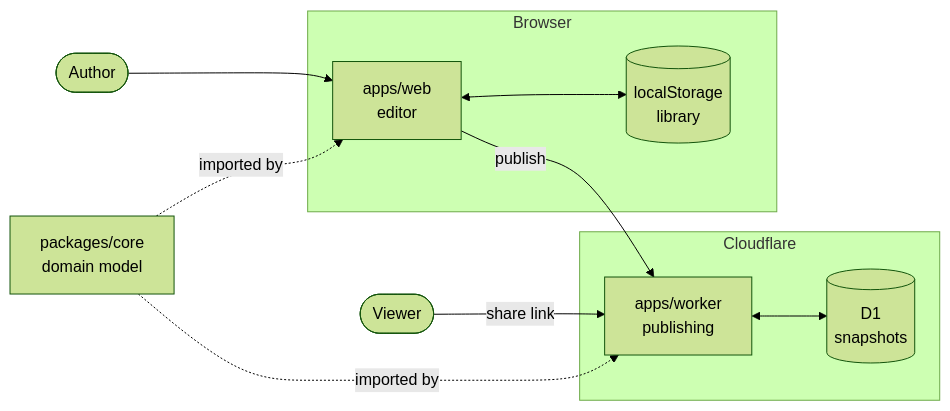
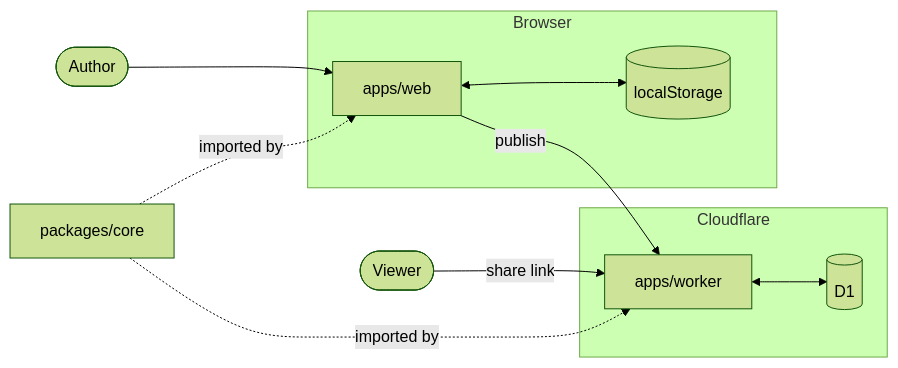
The diagram in docs/development/explanation/architecture.md (LasVegasForTransit/transit-mapper), drawn with Mermaid (forest theme) before and after one commit. The commit also changed other lines of this file and 2 other files, not shown here.

````diff
--- a/docs/development/explanation/architecture.md
+++ b/docs/development/explanation/architecture.md
@@ -12,25 +15,14 @@
 ```mermaid
 flowchart LR
-  author([Author])
-  viewer([Viewer])
-
+  author([Author]) --> editor
   subgraph browser [Browser]
-    editor["apps/web<br/>editor"]
-    local[("localStorage<br/>library")]
+    editor["apps/web"] <--> local[("localStorage")]
   end
-
   subgraph edge [Cloudflare]
-    worker["apps/worker<br/>publishing"]
-    d1[("D1<br/>snapshots")]
+    worker["apps/worker"] <--> d1[("D1")]
   end
-
-  core["packages/core<br/>domain model"]
-
-  author --> editor
-  editor <--> local
   editor -- publish --> worker
-  worker <--> d1
-  viewer -- share link --> worker
-  core -.imported by.-> editor
+  viewer([Viewer]) -- share link --> worker
+  core["packages/core"] -.imported by.-> editor
   core -.imported by.-> worker
 ```
````
